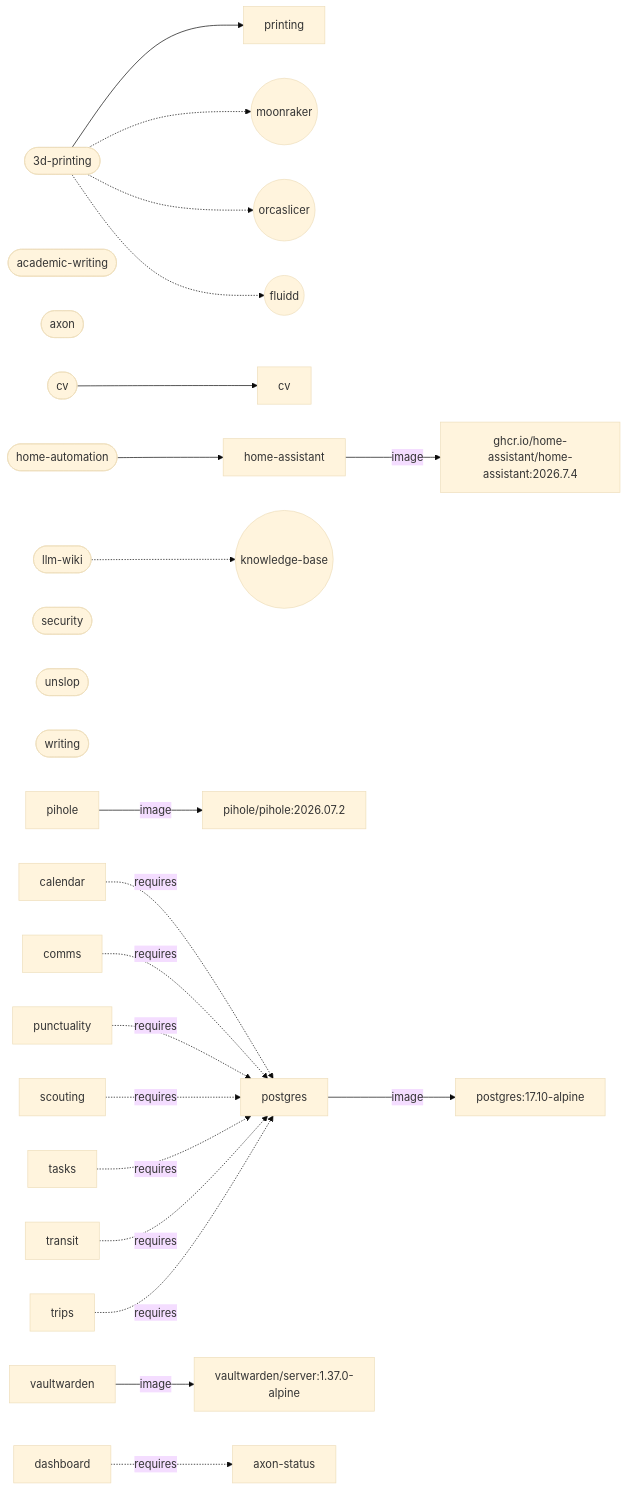
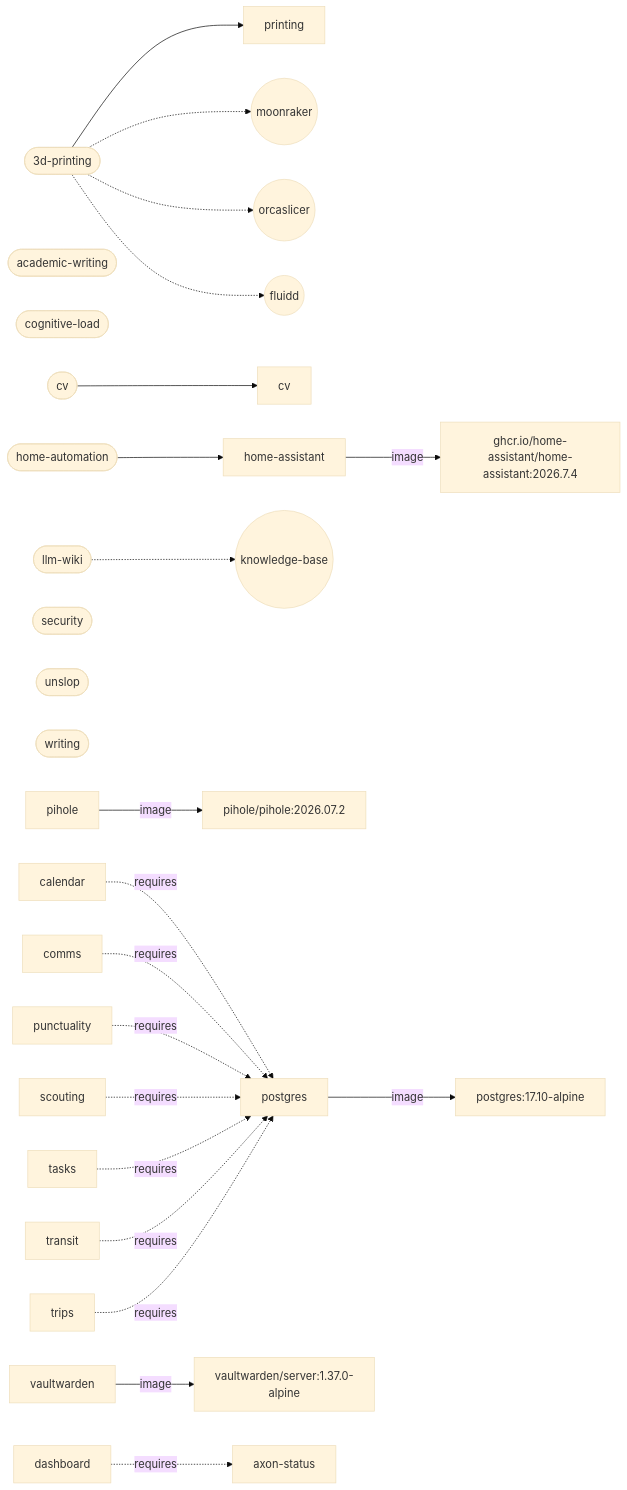
Before and after one commit to larsboes/Axon: the diagram in ARCHITECTURE.md, drawn with Mermaid (base theme). The commit also changed other lines of this file and 43 other files, not shown here.

````diff
--- a/ARCHITECTURE.md
+++ b/ARCHITECTURE.md
@@ -127,31 +127,31 @@
 ```mermaid
 flowchart LR
   pack_3d_printing(["3d-printing"])
   pack_3d_printing --> cap_printing["printing"]
   pack_3d_printing -.-> sys_moonraker(("moonraker"))
   pack_3d_printing -.-> sys_orcaslicer(("orcaslicer"))
   pack_3d_printing -.-> sys_fluidd(("fluidd"))
   pack_academic_writing(["academic-writing"])
-  pack_axon(["axon"])
+  pack_cognitive_load(["cognitive-load"])
   pack_cv(["cv"])
   pack_cv --> cap_cv["cv"]
   pack_home_automation(["home-automation"])
   pack_home_automation --> cap_home_assistant["home-assistant"]
   pack_llm_wiki(["llm-wiki"])
   pack_llm_wiki -.-> sys_knowledge_base(("knowledge-base"))
   pack_security(["security"])
   pack_unslop(["unslop"])
   pack_writing(["writing"])
   cap_home_assistant["home-assistant"] -->|image| img_ghcr_io_home_assistant_home_assistant["ghcr.io/home-assistant/home-assistant:2026.7.4"]
   cap_pihole["pihole"] -->|image| img_pihole_pihole["pihole/pihole:2026.07.2"]
   cap_postgres["postgres"] -->|image| img_postgres["postgres:17.10-alpine"]
   cap_vaultwarden["vaultwarden"] -->|image| img_vaultwarden_server["vaultwarden/server:1.37.0-alpine"]
   cap_calendar["calendar"] -.->|requires| cap_postgres["postgres"]
   cap_comms["comms"] -.->|requires| cap_postgres["postgres"]
   cap_punctuality["punctuality"] -.->|requires| cap_postgres["postgres"]
   cap_scouting["scouting"] -.->|requires| cap_postgres["postgres"]
   cap_tasks["tasks"] -.->|requires| cap_postgres["postgres"]
   cap_transit["transit"] -.->|requires| cap_postgres["postgres"]
   cap_trips["trips"] -.->|requires| cap_postgres["postgres"]
   cap_dashboard["dashboard"] -.->|requires| cap_axon_status["axon-status"]
 ```
````
